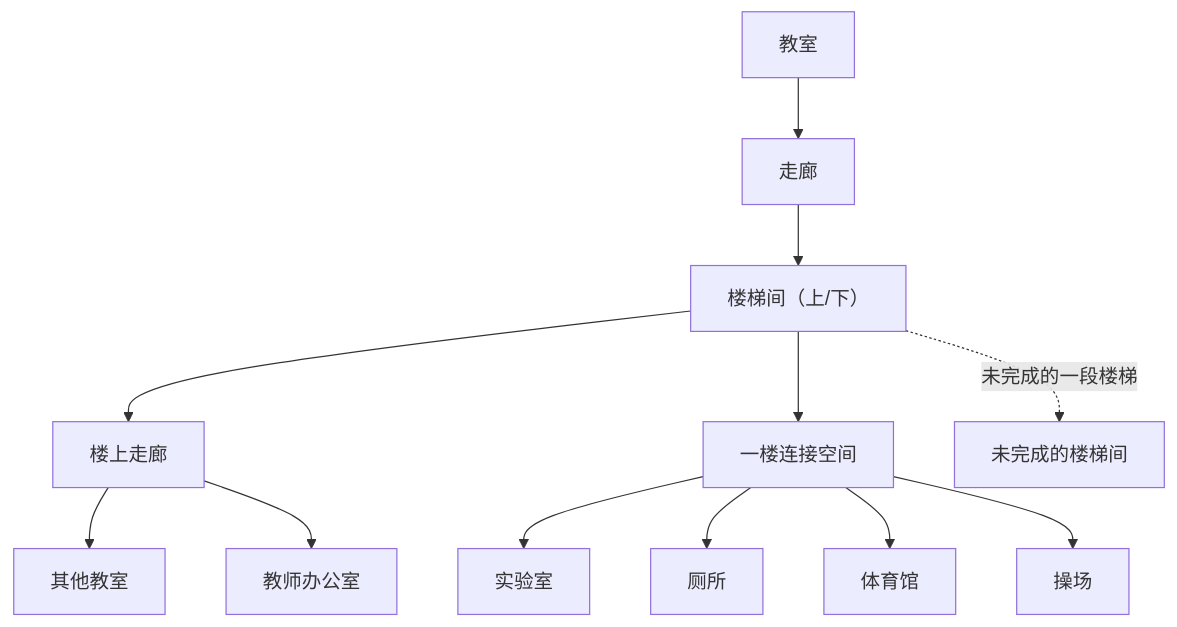
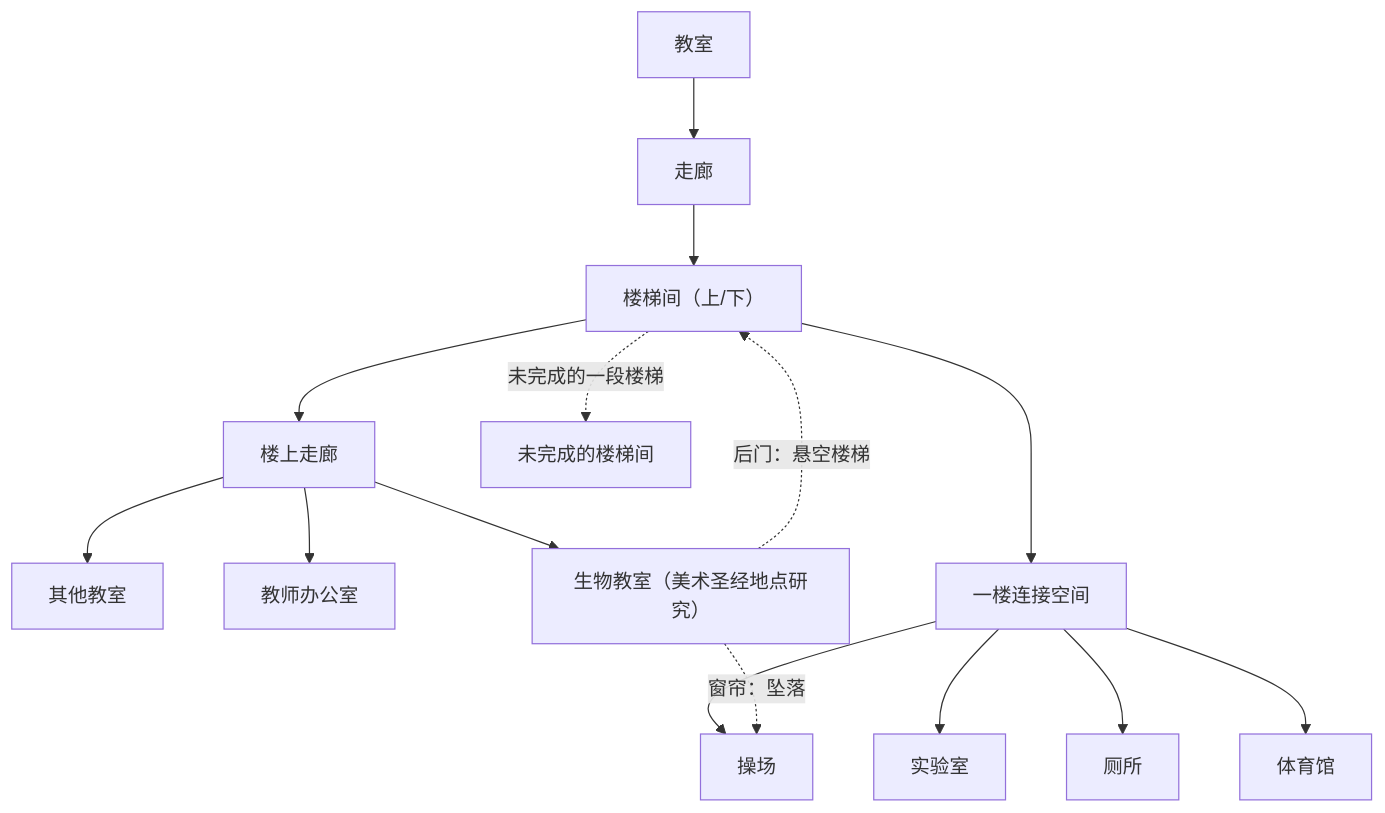
Before and after one commit to BrainEno/where-is-school: the second of 3 diagrams in docs/MAP_PLAN.zh-CN.md, drawn with Mermaid. The commit also changed other lines of this file and 1 other file, not shown here.

````diff
--- a/docs/MAP_PLAN.zh-CN.md
+++ b/docs/MAP_PLAN.zh-CN.md
@@ -89,14 +89,17 @@
 ```mermaid
 flowchart TB
   classroom["教室"] --> corridor["走廊"]
   corridor --> stairs["楼梯间（上/下）"]
   stairs --> upper["楼上走廊"]
   upper --> otherclass["其他教室"]
   upper --> office["教师办公室"]
   stairs --> ground["一楼连接空间"]
   ground --> lab["实验室"]
   ground --> toilets["厕所"]
   ground --> gym["体育馆"]
   ground --> playground["操场"]
   stairs -. "未完成的一段楼梯" .-> unfinished["未完成的楼梯间"]
+  upper --> bio["生物教室（美术圣经地点研究）"]
+  bio -. "窗帘：坠落" .-> playground
+  bio -. "后门：悬空楼梯" .-> stairs
 ```
````
